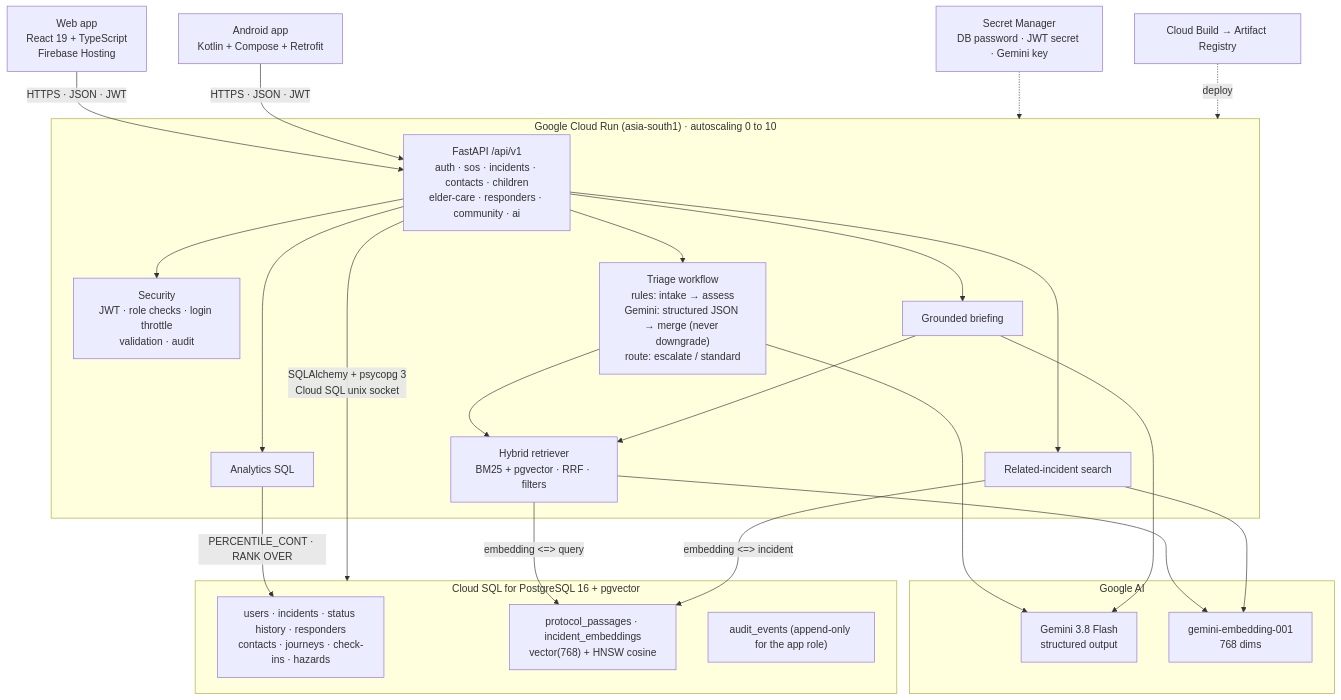
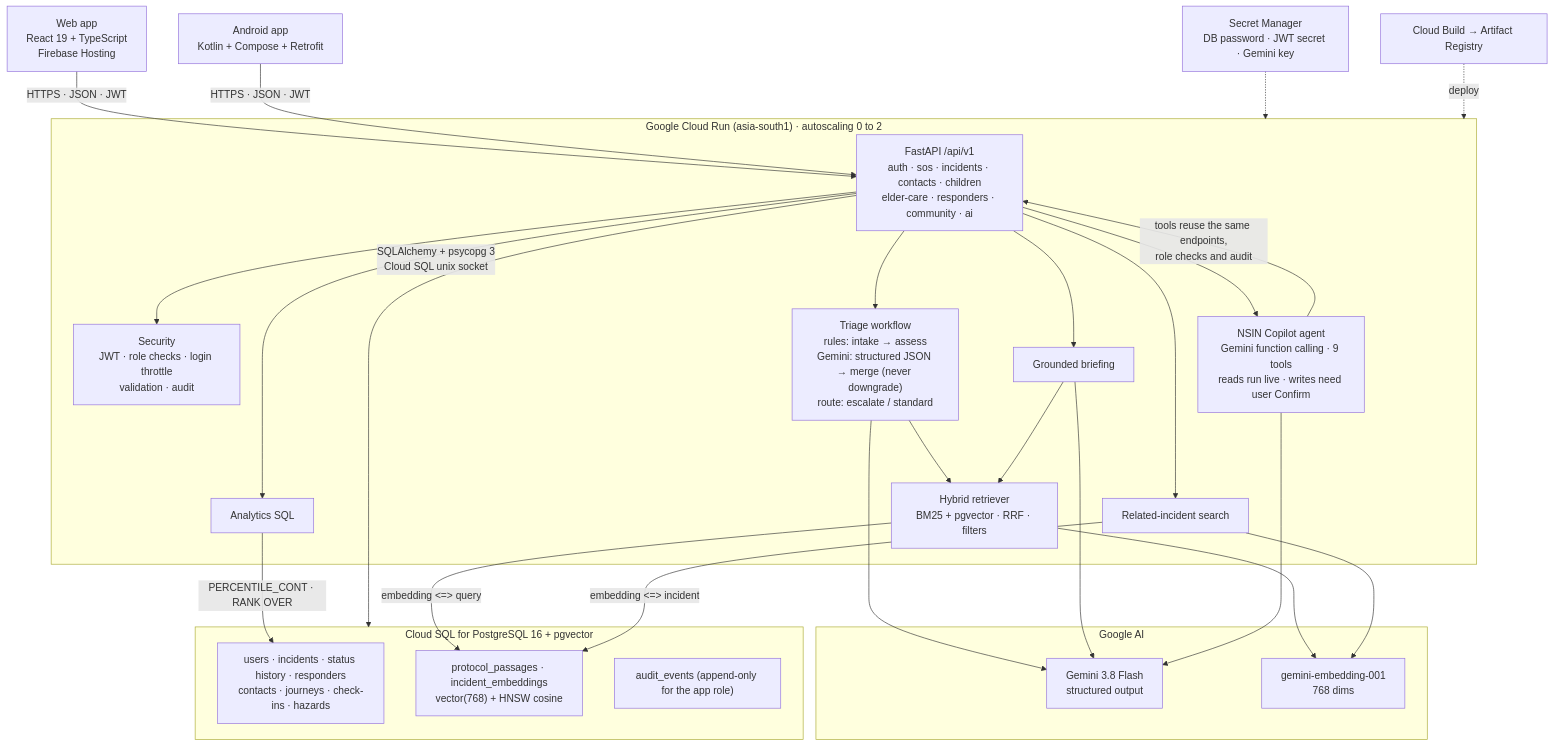
One commit to YagnikSharma/Task_Force_141_Google_Startup_Buildathon_India_2026 changed the diagram in architecture.md. Above: the diagram before and after it, drawn with Mermaid. The commit also changed 40 other files, not shown here.

First line of the commit message:
feat: Gemini agent with tool calling and confirm-to-act, live community map with demo dispatch, priority override, Gemini reliability fixes

````diff
--- a/architecture.md
+++ b/architecture.md
@@ -13,40 +13,44 @@
 ```mermaid
 graph TD
     Web["Web app<br/>React 19 + TypeScript<br/>Firebase Hosting"] -->|"HTTPS · JSON · JWT"| API
     Android["Android app<br/>Kotlin + Compose + Retrofit"] -->|"HTTPS · JSON · JWT"| API
 
-    subgraph Run["Google Cloud Run (asia-south1) · autoscaling 0 to 10"]
+    subgraph Run["Google Cloud Run (asia-south1) · autoscaling 0 to 2"]
         API["FastAPI /api/v1<br/>auth · sos · incidents · contacts · children<br/>elder-care · responders · community · ai"]
         SEC["Security<br/>JWT · role checks · login throttle<br/>validation · audit"]
         TRI["Triage workflow<br/>rules: intake → assess<br/>Gemini: structured JSON → merge (never downgrade)<br/>route: escalate / standard"]
         RET["Hybrid retriever<br/>BM25 + pgvector · RRF · filters"]
         VEC["Related-incident search"]
         BRF["Grounded briefing"]
+        AGT["NSIN Copilot agent<br/>Gemini function calling · 9 tools<br/>reads run live · writes need user Confirm"]
         ANA["Analytics SQL"]
         API --> SEC & TRI & VEC & ANA
         TRI --> RET
         API --> BRF --> RET
+        API --> AGT
+        AGT -->|"tools reuse the same endpoints,<br/>role checks and audit"| API
     end
 
     subgraph GAI["Google AI"]
         GEM["Gemini 3.8 Flash<br/>structured output"]
         EMB["gemini-embedding-001<br/>768 dims"]
     end
     TRI --> GEM
     BRF --> GEM
+    AGT --> GEM
     RET --> EMB
     VEC --> EMB
 
     subgraph SQL["Cloud SQL for PostgreSQL 16 + pgvector"]
         T1["users · incidents · status history · responders<br/>contacts · journeys · check-ins · hazards"]
         T2["protocol_passages · incident_embeddings<br/>vector(768) + HNSW cosine"]
         T3["audit_events (append-only for the app role)"]
     end
     API -->|"SQLAlchemy + psycopg 3<br/>Cloud SQL unix socket"| SQL
     RET -->|"embedding <=> query"| T2
     VEC -->|"embedding <=> incident"| T2
     ANA -->|"PERCENTILE_CONT · RANK OVER"| T1
 
     SM["Secret Manager<br/>DB password · JWT secret · Gemini key"] -.-> Run
     CB["Cloud Build → Artifact Registry"] -.->|"deploy"| Run
 ```
````
